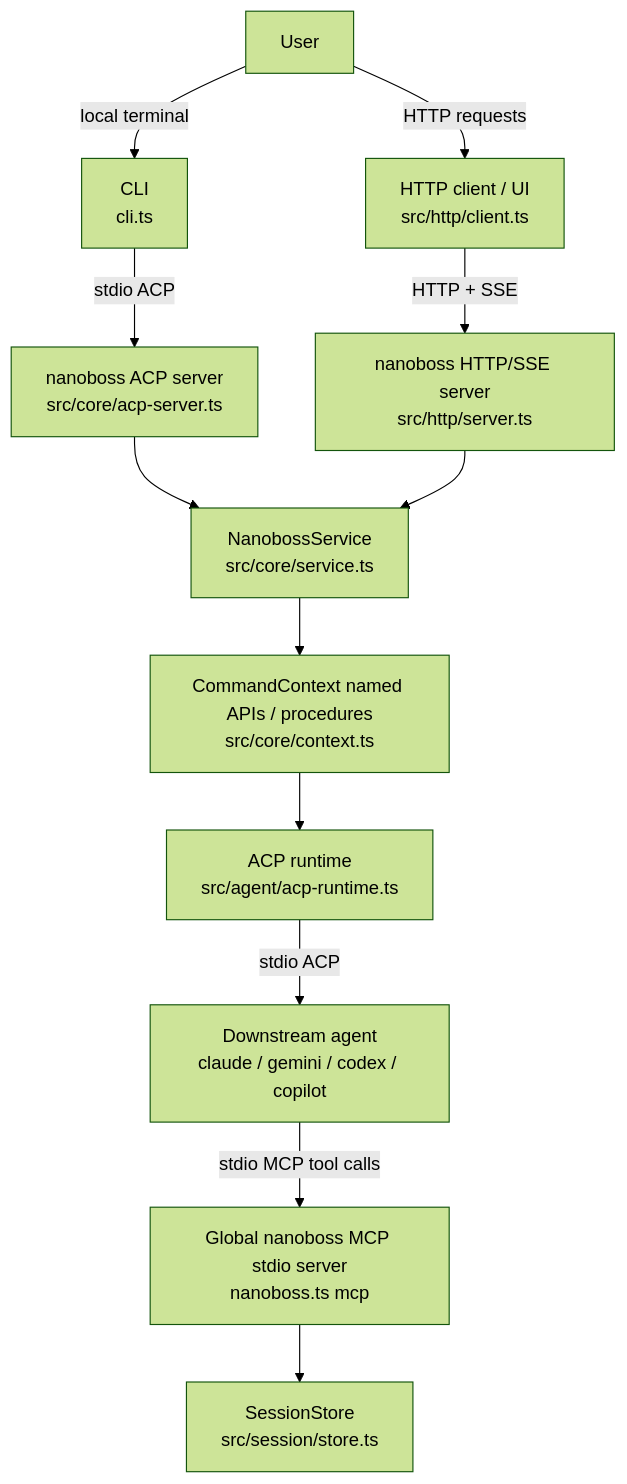
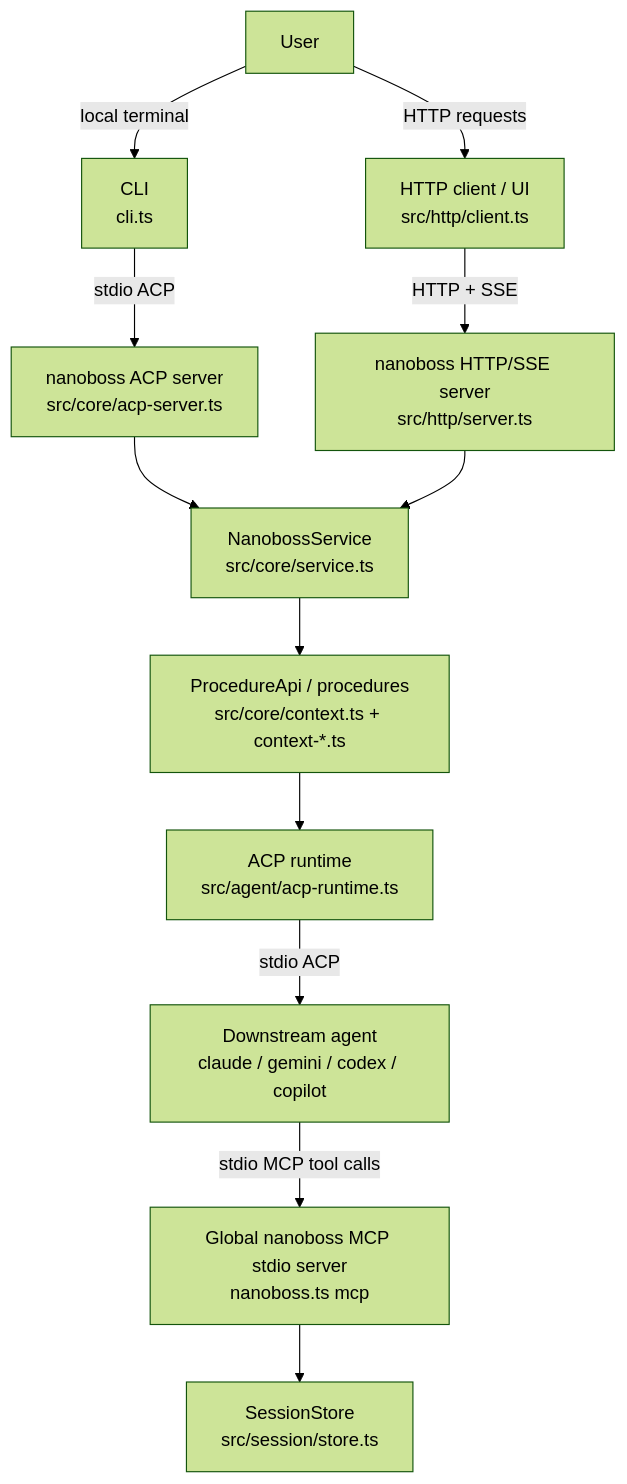
Before and after one commit to jflam/nanoboss: the first of 5 diagrams in docs/architecture.md, drawn with Mermaid (forest theme). The commit also changed other lines of this file, not shown here.

First line of the commit message:
Update architecture.md to reflect ProcedureApi migration

````diff
--- a/docs/architecture.md
+++ b/docs/architecture.md
@@ -60,18 +60,18 @@
 ```mermaid
 flowchart TD
   U[User] -->|local terminal| CLI[CLI\ncli.ts]
   U -->|HTTP requests| HTTPClient[HTTP client / UI\nsrc/http/client.ts]
 
   CLI -->|stdio ACP| ACPServer[nanoboss ACP server\nsrc/core/acp-server.ts]
   HTTPClient -->|HTTP + SSE| HTTPServer[nanoboss HTTP/SSE server\nsrc/http/server.ts]
 
   ACPServer --> Service[NanobossService\nsrc/core/service.ts]
   HTTPServer --> Service
 
-  Service --> Context[CommandContext named APIs / procedures\nsrc/core/context.ts]
+  Service --> Context[ProcedureApi / procedures\nsrc/core/context.ts + context-*.ts]
   Context --> AgentRuntime[ACP runtime\nsrc/agent/acp-runtime.ts]
 
   AgentRuntime -->|stdio ACP| Downstream[Downstream agent\nclaude / gemini / codex / copilot]
   Downstream -->|stdio MCP tool calls| GlobalMcp[Global nanoboss MCP stdio server\nnanoboss.ts mcp]
   GlobalMcp --> SessionStore[SessionStore\nsrc/session/store.ts]
 ```
````
